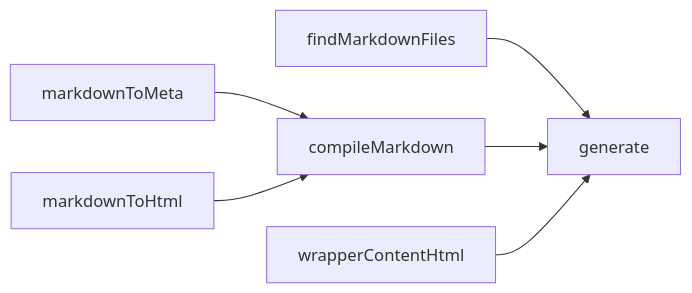
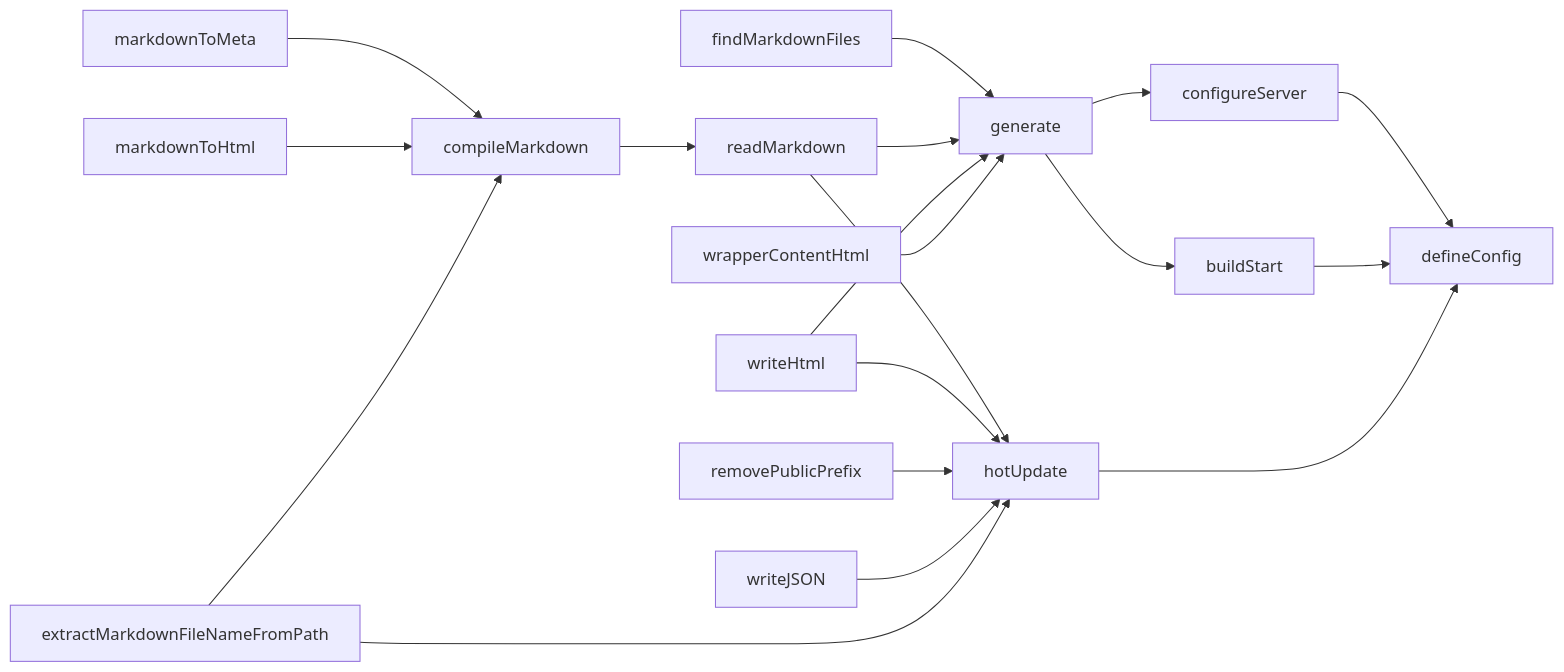
Before and after one commit to arch-spatula/new-blog-2025: the first of 2 diagrams in README.md, drawn with Mermaid. The commit also changed 4 other files, not shown here.

````diff
--- a/README.md
+++ b/README.md
@@ -35,8 +35,21 @@
 ```mermaid
 graph LR
+    configureServer --> defineConfig
+    buildStart --> defineConfig
+    hotUpdate --> defineConfig
+    readMarkdown --> hotUpdate
+    writeHtml --> hotUpdate
+    removePublicPrefix --> hotUpdate
+    writeJSON --> hotUpdate
+    extractMarkdownFileNameFromPath --> hotUpdate
+    generate --> configureServer
+    generate --> buildStart
     findMarkdownFiles --> generate
-    compileMarkdown --> generate
+    readMarkdown --> generate
+    writeHtml --> generate
+    wrapperContentHtml --> generate
+    compileMarkdown --> readMarkdown
     markdownToMeta --> compileMarkdown
     markdownToHtml --> compileMarkdown
-    wrapperContentHtml --> generate
+    extractMarkdownFileNameFromPath --> compileMarkdown
 ```
````
